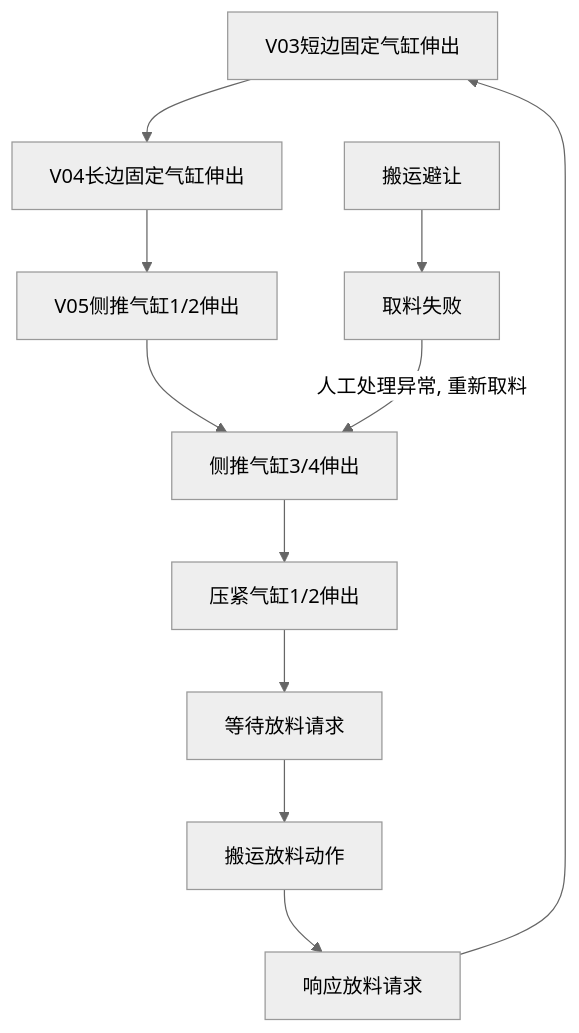
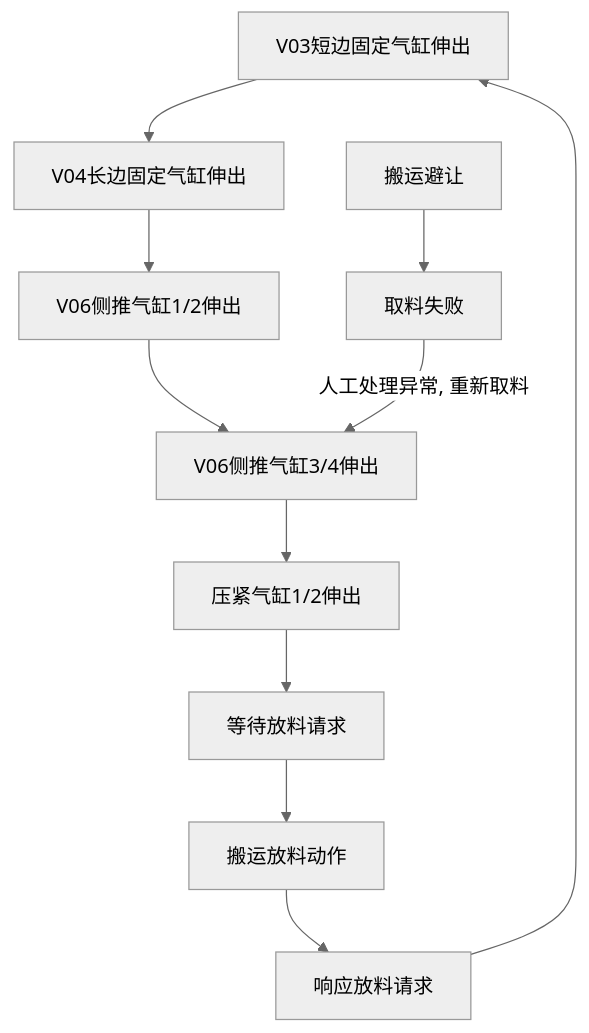
The diagram in all/OP10气缸固定流程.md (PengKun1/iodraw-files), drawn with Mermaid (neutral theme) before and after one commit.

Commit message:
2024-08-05 13:51:05 update

````diff
--- a/all/OP10气缸固定流程.md
+++ b/all/OP10气缸固定流程.md
@@ -1,16 +1,16 @@
 ```mermaid
 graph TD
 10[V03短边固定气缸伸出]-->20
 20[V04长边固定气缸伸出]-->30
-30[V05侧推气缸1/2伸出]-->40
-40[侧推气缸3/4伸出]-->50
+30[V06侧推气缸1/2伸出]-->40
+40[V06侧推气缸3/4伸出]-->50
 50[压紧气缸1/2伸出]-->60
 60[等待放料请求]-->70
 70[搬运放料动作]-->80
 80[响应放料请求]-->10
 
 90[搬运避让]-->900
 
 900[取料失败]-->|人工处理异常, 重新取料|40
   
 ```
````
